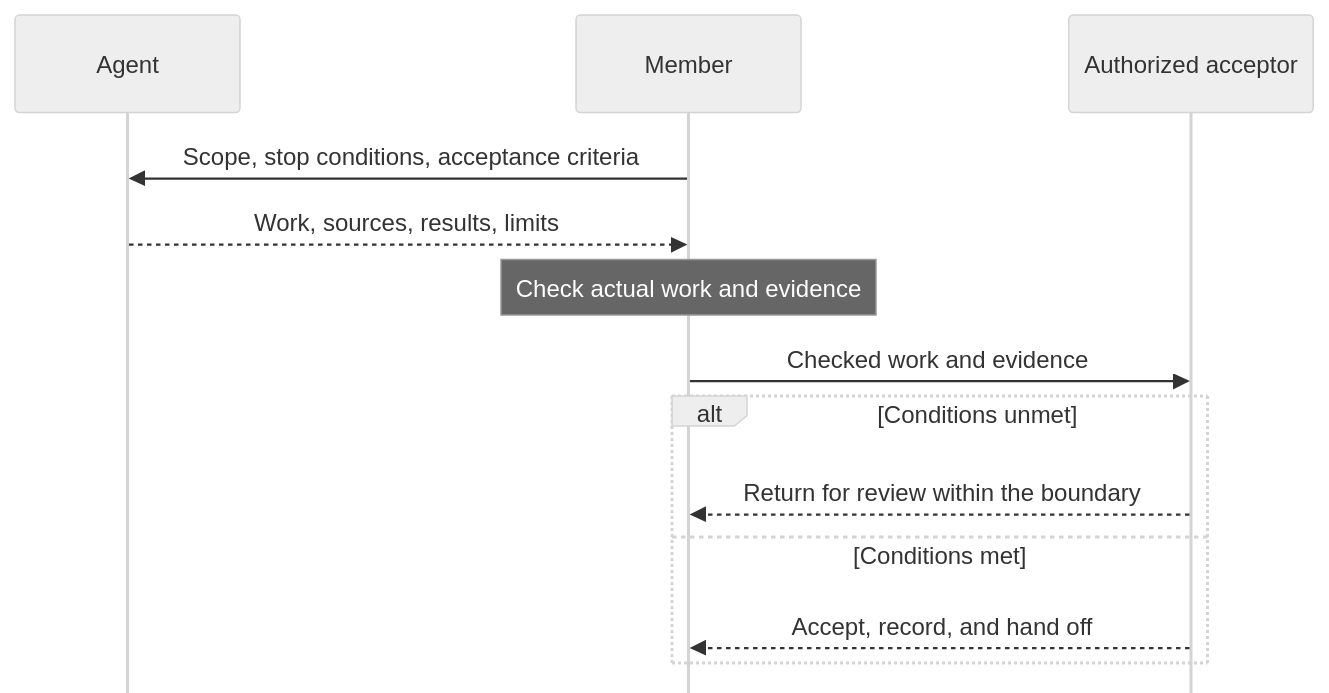
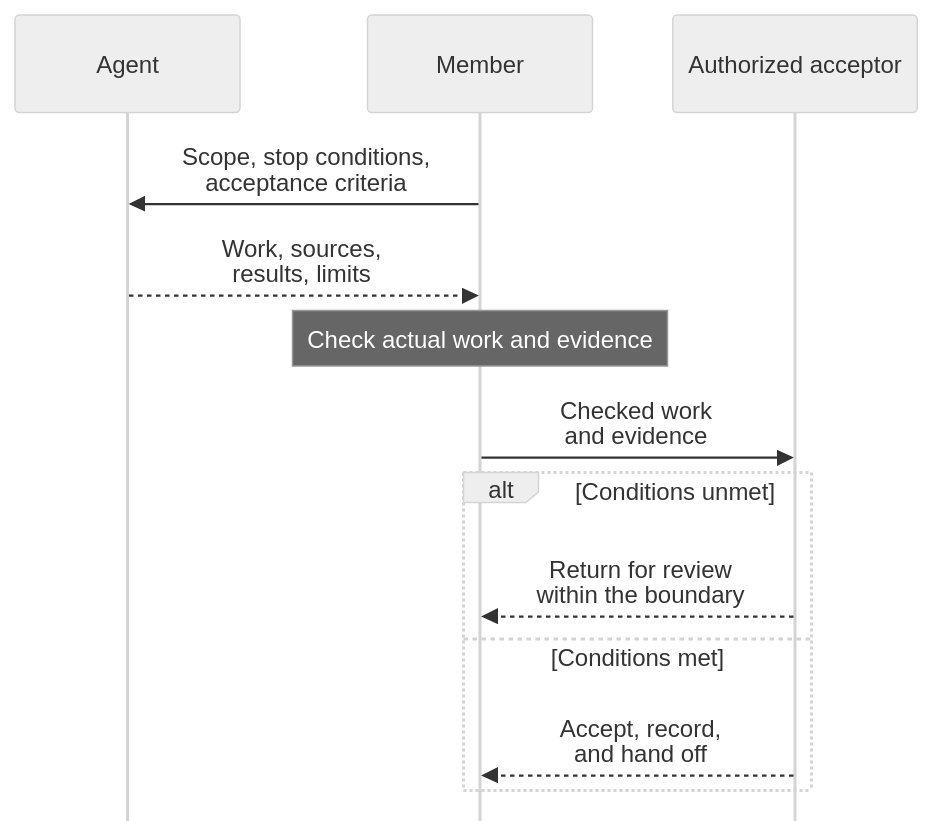
The diagram in docs/human-agent.md (HengYangDS/data-department-work-guidelines), drawn with Mermaid before and after one commit. The commit also changed 1 other file, not shown here.

Commit message:
docs(collaboration): wrap message labels for desktop reading

````diff
--- a/docs/human-agent.md
+++ b/docs/human-agent.md
@@ -83,23 +83,23 @@
 ```mermaid
 ---
 config:
   theme: neutral
   sequence:
     mirrorActors: false
 ---
 sequenceDiagram
     accTitle: Delegation, evidence, and authorized acceptance
     accDescr: A member sets the delegation boundary. An Agent returns work and evidence. The member checks the actual work and evidence before submitting them to an authorized acceptor. If conditions are unmet, the work returns for review within the delegation boundary. If conditions are met, the acceptor accepts the work, records acceptance, and hands off the result. Participants represent roles, not necessarily different people. People retain authority and responsibility; acceptance never expands permission.
     participant Agent
     participant Member
     participant Acceptor as Authorized acceptor
-    Member->>Agent: Scope, stop conditions, acceptance criteria
-    Agent-->>Member: Work, sources, results, limits
+    Member->>Agent: Scope, stop conditions,<br/>acceptance criteria
+    Agent-->>Member: Work, sources,<br/>results, limits
     Note over Member: Check actual work and evidence
-    Member->>Acceptor: Checked work and evidence
+    Member->>Acceptor: Checked work<br/>and evidence
     alt Conditions unmet
-        Acceptor-->>Member: Return for review within the boundary
+        Acceptor-->>Member: Return for review<br/>within the boundary
     else Conditions met
-        Acceptor-->>Member: Accept, record, and hand off
+        Acceptor-->>Member: Accept, record,<br/>and hand off
     end
 ```
````
